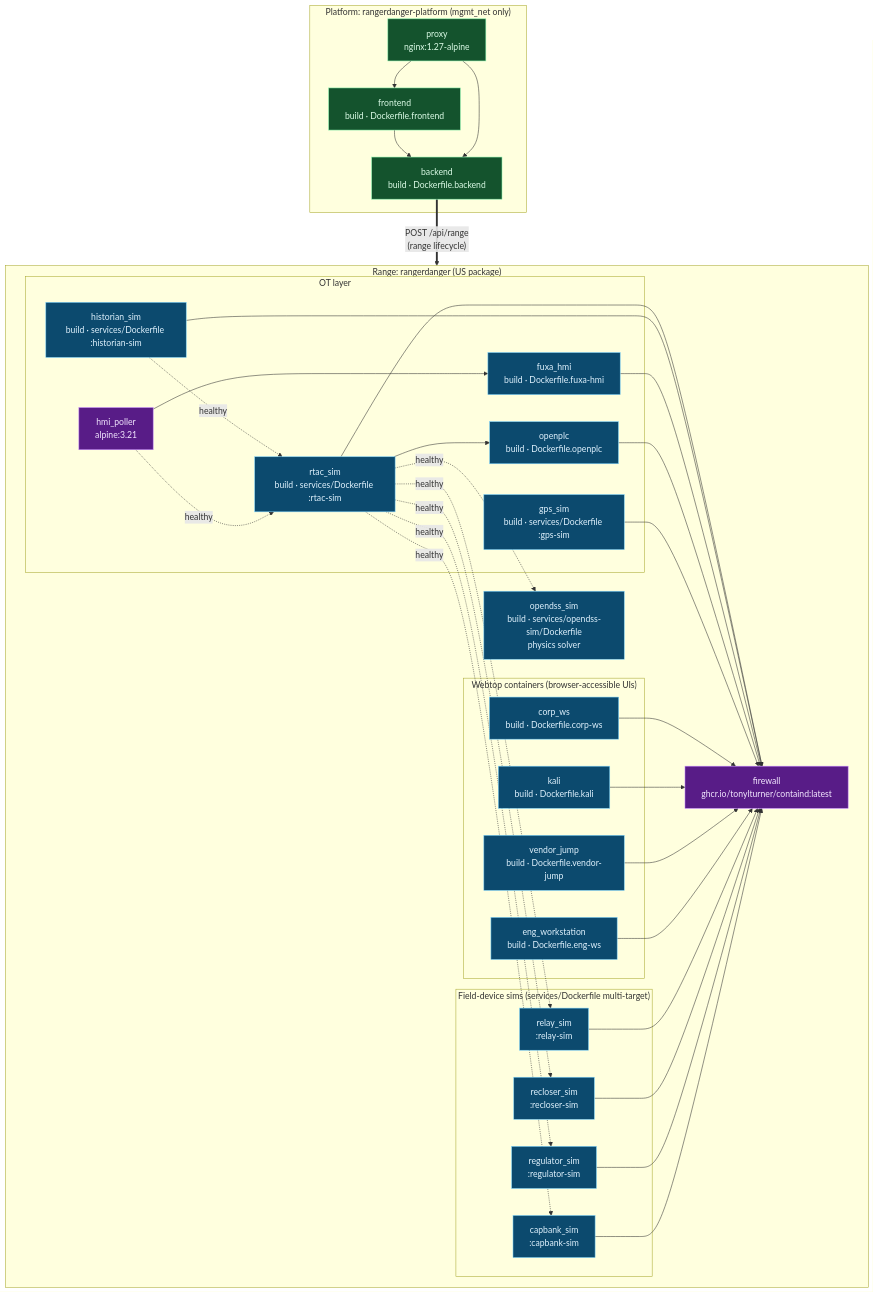
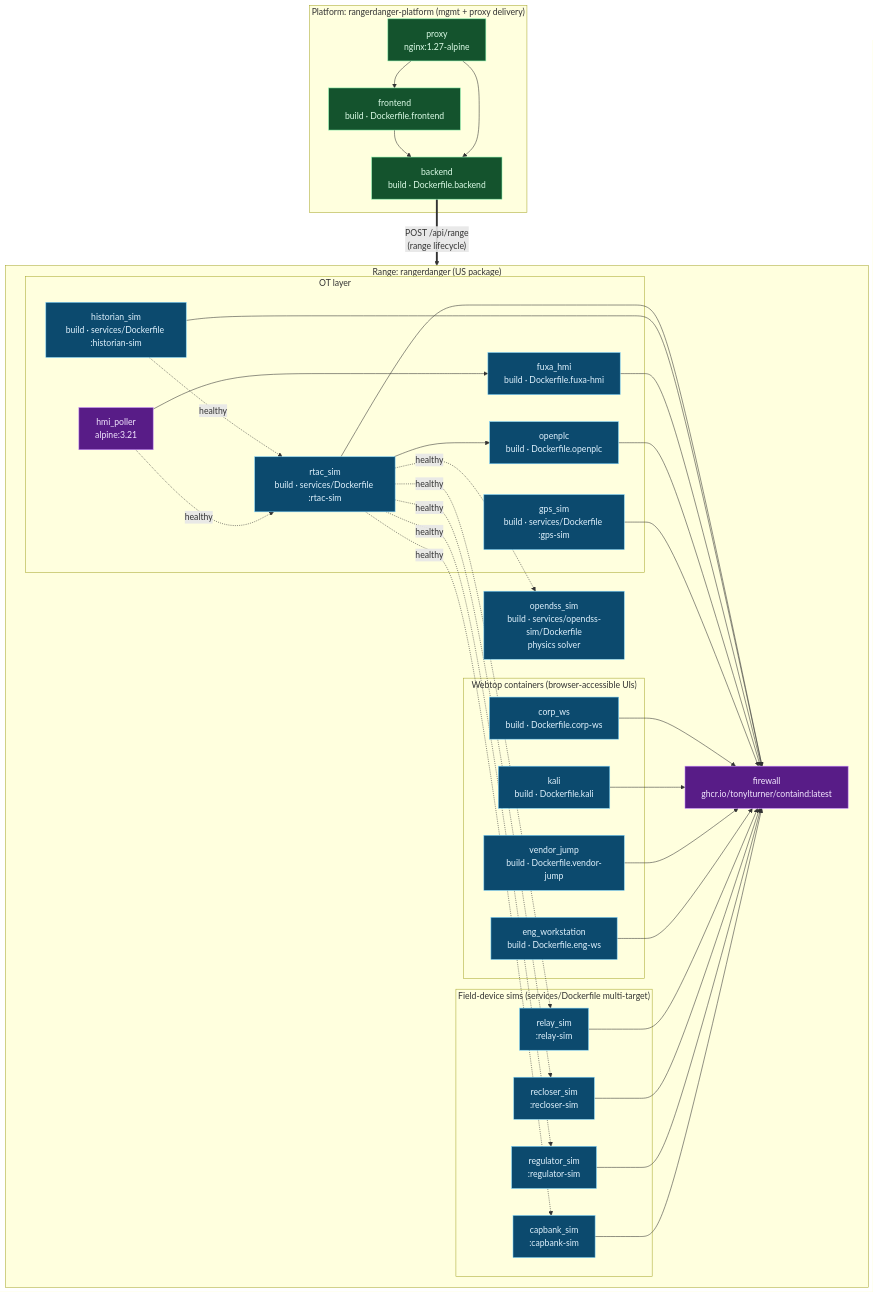
The first of 3 diagrams in docs/architecture-diagram.md (tonylturner/rangerdanger), drawn with Mermaid before and after one commit. The commit also changed other lines of this file and 6 other files, not shown here.

````diff
--- a/docs/architecture-diagram.md
+++ b/docs/architecture-diagram.md
@@ -47,78 +36,78 @@
 ```mermaid
 flowchart TB
     classDef built fill:#0c4a6e,stroke:#7dd3fc,color:#e0f2fe
     classDef pulled fill:#581c87,stroke:#c084fc,color:#f3e8ff
     classDef platform fill:#14532d,stroke:#86efac,color:#dcfce7
 
-    subgraph Platform["Platform: rangerdanger-platform (mgmt_net only)"]
+    subgraph Platform["Platform: rangerdanger-platform (mgmt + proxy delivery)"]
         proxy["proxy<br/>nginx:1.27-alpine"]
         backend["backend<br/>build · Dockerfile.backend"]
         frontend["frontend<br/>build · Dockerfile.frontend"]
     end
 
     subgraph Range["Range: rangerdanger (US package)"]
 
     firewall["firewall<br/>ghcr.io/tonylturner/containd:latest"]
 
     subgraph Webtops["Webtop containers (browser-accessible UIs)"]
         corp_ws["corp_ws<br/>build · Dockerfile.corp-ws"]
         vendor_jump["vendor_jump<br/>build · Dockerfile.vendor-jump"]
         eng_workstation["eng_workstation<br/>build · Dockerfile.eng-ws"]
         kali["kali<br/>build · Dockerfile.kali"]
     end
 
     subgraph OT["OT layer"]
         fuxa_hmi["fuxa_hmi<br/>build · Dockerfile.fuxa-hmi"]
         hmi_poller["hmi_poller<br/>alpine:3.21"]
         openplc["openplc<br/>build · Dockerfile.openplc"]
         rtac_sim["rtac_sim<br/>build · services/Dockerfile :rtac-sim"]
         historian_sim["historian_sim<br/>build · services/Dockerfile :historian-sim"]
         gps_sim["gps_sim<br/>build · services/Dockerfile :gps-sim"]
     end
 
     subgraph Field["Field-device sims (services/Dockerfile multi-target)"]
         relay_sim["relay_sim<br/>:relay-sim"]
         recloser_sim["recloser_sim<br/>:recloser-sim"]
         regulator_sim["regulator_sim<br/>:regulator-sim"]
         capbank_sim["capbank_sim<br/>:capbank-sim"]
     end
 
     opendss_sim["opendss_sim<br/>build · services/opendss-sim/Dockerfile<br/>physics solver"]
 
     end
 
     frontend --> backend
     proxy --> backend
     proxy --> frontend
     backend == "POST /api/range<br/>(range lifecycle)" ==> Range
 
     rtac_sim --> firewall
     rtac_sim -.healthy.-> relay_sim
     rtac_sim -.healthy.-> recloser_sim
     rtac_sim -.healthy.-> regulator_sim
     rtac_sim -.healthy.-> capbank_sim
     rtac_sim -.healthy.-> opendss_sim
     rtac_sim --> openplc
 
     historian_sim --> firewall
     historian_sim -.healthy.-> rtac_sim
     hmi_poller --> fuxa_hmi
     hmi_poller -.healthy.-> rtac_sim
     fuxa_hmi --> firewall
     openplc --> firewall
     gps_sim --> firewall
 
     corp_ws --> firewall
     kali --> firewall
     vendor_jump --> firewall
     eng_workstation --> firewall
 
     relay_sim --> firewall
     recloser_sim --> firewall
     regulator_sim --> firewall
     capbank_sim --> firewall
 
     class backend,frontend,corp_ws,vendor_jump,eng_workstation,kali,fuxa_hmi,openplc,rtac_sim,historian_sim,gps_sim,relay_sim,recloser_sim,regulator_sim,capbank_sim,opendss_sim built
     class firewall,hmi_poller,proxy pulled
     class proxy,backend,frontend platform
 ```
````
